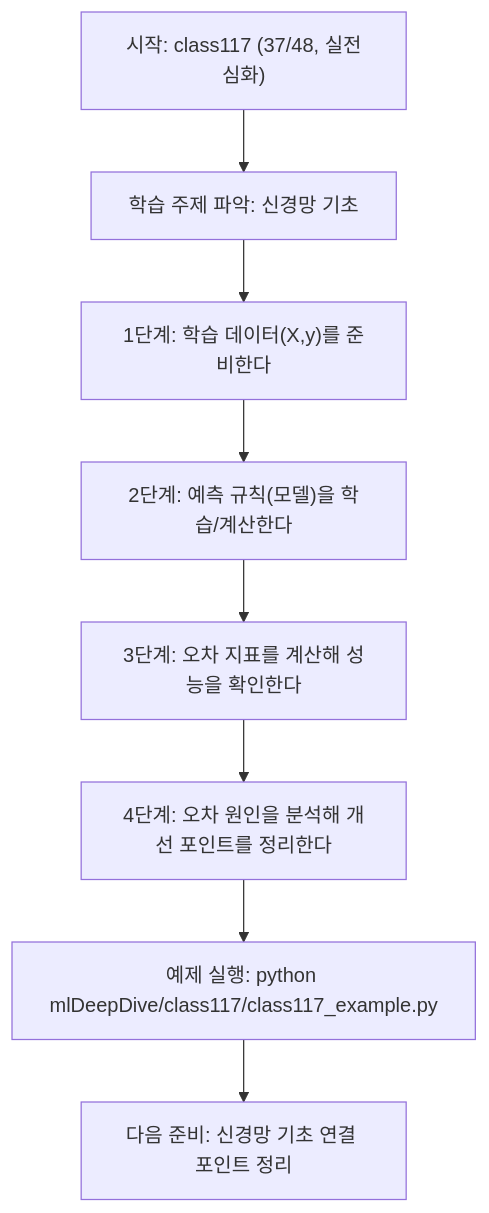
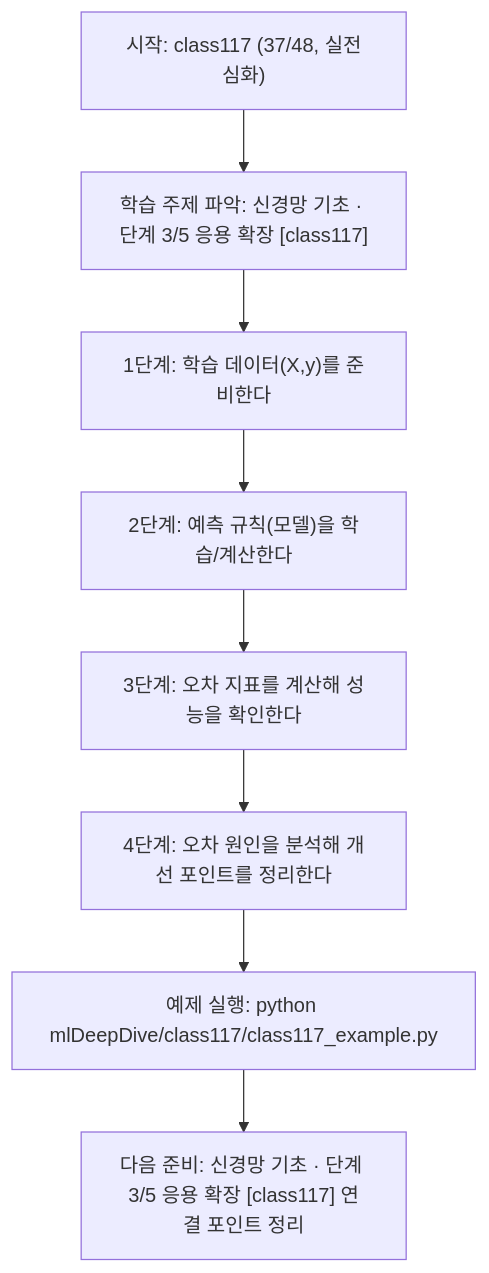
Before and after one commit to edumgt/Python-AI_Agent-Class: the diagram in mlDeepDive/class117/class117.md, drawn with Mermaid. The commit also changed other lines of this file and 522 other files, not shown here.

````diff
--- a/mlDeepDive/class117/class117.md
+++ b/mlDeepDive/class117/class117.md
@@ -108,18 +109,18 @@
 ```mermaid
 flowchart TD
 N1["시작: class117 (37/48, 실전심화)"]
-N2["학습 주제 파악: 신경망 기초"]
+N2["학습 주제 파악: 신경망 기초 · 단계 3/5 응용 확장 [class117]"]
 N3["1단계: 학습 데이터(X,y)를 준비한다"]
 N4["2단계: 예측 규칙(모델)을 학습/계산한다"]
 N5["3단계: 오차 지표를 계산해 성능을 확인한다"]
 N6["4단계: 오차 원인을 분석해 개선 포인트를 정리한다"]
 N7["예제 실행: python mlDeepDive/class117/class117_example.py"]
-N8["다음 준비: 신경망 기초 연결 포인트 정리"]
+N8["다음 준비: 신경망 기초 · 단계 3/5 응용 확장 [class117] 연결 포인트 정리"]
 N1 --> N2
 N2 --> N3
 N3 --> N4
 N4 --> N5
 N5 --> N6
 N6 --> N7
 N7 --> N8
 ```
````
